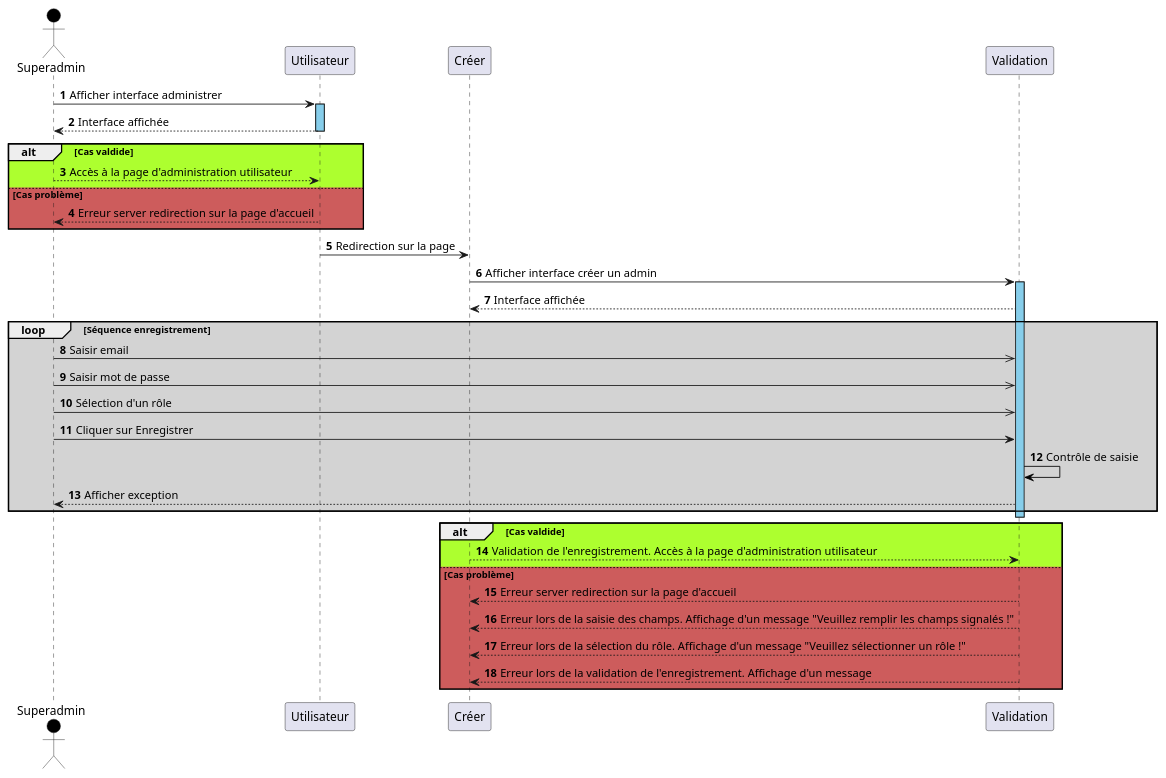
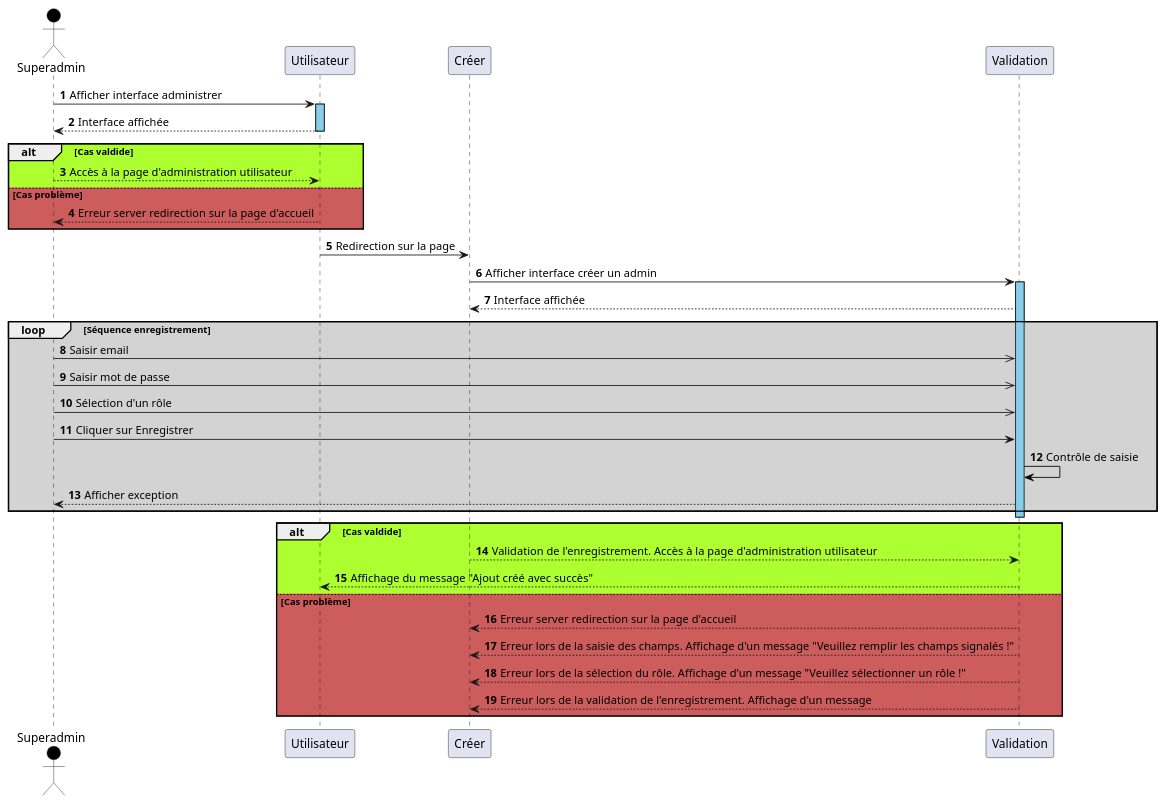
Before and after one commit to nwehla/QuidideanceTest: the diagram in documents/analyse_uml/diagramme_de_sequence/diagramme_sequence_administrer/diagramme_sequence_creeradmin.wsd, drawn with PlantUML. The commit also changed 10 other files, not shown here.

```diff
--- a/documents/analyse_uml/diagramme_de_sequence/diagramme_sequence_administrer/diagramme_sequence_creeradmin.wsd
+++ b/documents/analyse_uml/diagramme_de_sequence/diagramme_sequence_administrer/diagramme_sequence_creeradmin.wsd
@@ -1,34 +1,35 @@
 @startuml creeradmin
 autonumber 
 actor Superadmin #Black
 Superadmin -> Utilisateur : Afficher interface administrer
 activate Utilisateur #SkyBlue
 Utilisateur --> Superadmin : Interface affichée
 deactivate Utilisateur
 alt #GreenYellow Cas valdide 
 Utilisateur <-- Superadmin : Accès à la page d'administration utilisateur
 else #IndianRed Cas problème
 Utilisateur --> Superadmin : Erreur server redirection sur la page d'accueil
 end
 Utilisateur -> Créer : Redirection sur la page
 Créer -> Validation : Afficher interface créer un admin
 activate Validation #SkyBlue
 Validation --> Créer : Interface affichée
 loop #LightGrey Séquence enregistrement
 Superadmin ->> Validation : Saisir email
 Superadmin ->> Validation : Saisir mot de passe
 Superadmin ->> Validation : Sélection d'un rôle
 Superadmin -> Validation : Cliquer sur Enregistrer
 Validation -[#Black]> Validation : Contrôle de saisie
 Validation --> Superadmin : Afficher exception
 end
 deactivate Validation
 alt #GreenYellow Cas valdide 
 Créer --> Validation : Validation de l'enregistrement. Accès à la page d'administration utilisateur
+Validation --> Utilisateur : Affichage du message "Ajout créé avec succès"
 else #IndianRed Cas problème
 Créer <-- Validation : Erreur server redirection sur la page d'accueil
 Créer <-- Validation : Erreur lors de la saisie des champs. Affichage d'un message "Veuillez remplir les champs signalés !"
 Créer <-- Validation : Erreur lors de la sélection du rôle. Affichage d'un message "Veuillez sélectionner un rôle !" 
 Créer <-- Validation : Erreur lors de la validation de l'enregistrement. Affichage d'un message 
 end
 @enduml
```
